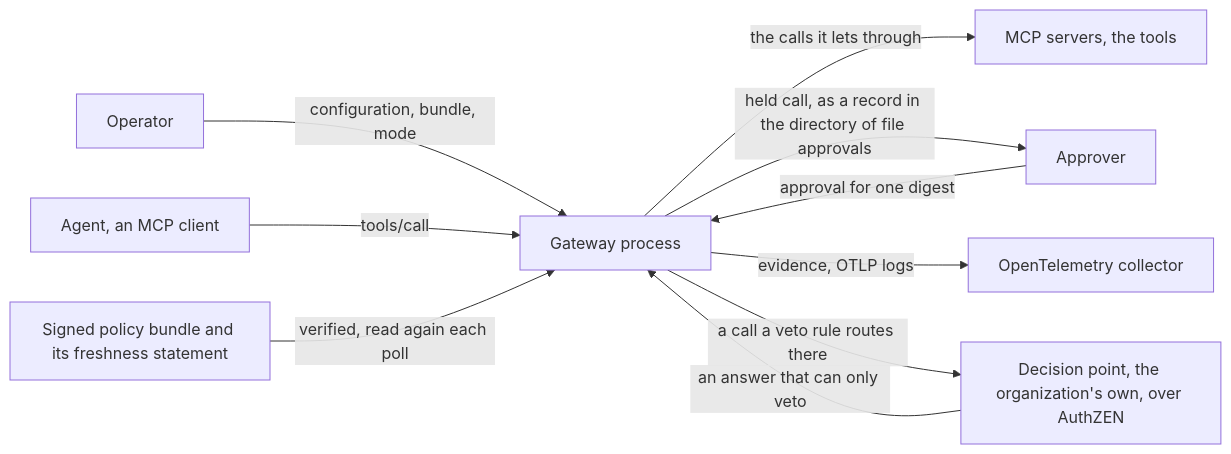
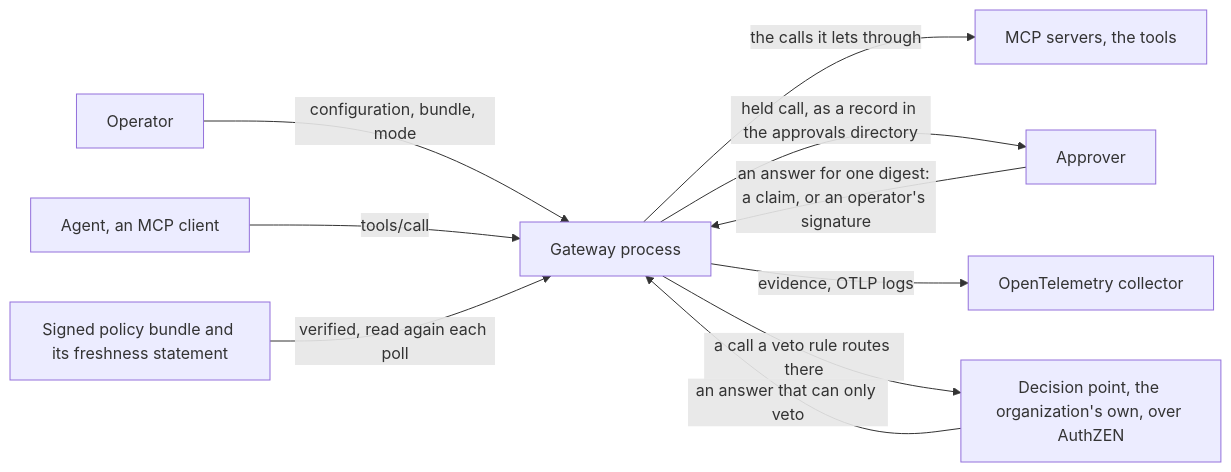
One commit to guardana/control changed the first of 4 diagrams in docs/concepts/architecture.md. Above: the diagram before and after it, drawn with Mermaid. The commit also changed other lines of this file and 54 other files, not shown here.

````diff
--- a/docs/concepts/architecture.md
+++ b/docs/concepts/architecture.md
@@ -24,22 +24,22 @@
 ```mermaid
 flowchart LR
     accTitle: The system in context
     accDescr: The agent's tool calls pass through the gateway process, which reads a signed bundle and the statement that keeps it current, sends held calls to an approver, asks a decision point that can only veto, forwards the calls it lets through and exports evidence to a collector.
     OP[Operator]
     AG["Agent, an MCP client"]
     APR[Approver]
     GW["Gateway process"]
     SRV["MCP servers, the tools"]
     BUNDLE["Signed policy bundle and its freshness statement"]
     COL["OpenTelemetry collector"]
     PDP["Decision point, the organization's own, over AuthZEN"]
     OP -->|configuration, bundle, mode| GW
     AG -->|tools/call| GW
     GW -->|the calls it lets through| SRV
-    GW -->|held call, as a record in the directory of file approvals| APR
-    APR -->|approval for one digest| GW
+    GW -->|held call, as a record in the approvals directory| APR
+    APR -->|an answer for one digest: a claim, or an operator's signature| GW
     BUNDLE -->|verified, read again each poll| GW
     GW -->|evidence, OTLP logs| COL
     GW -->|a call a veto rule routes there| PDP
     PDP -->|an answer that can only veto| GW
 ```
````
